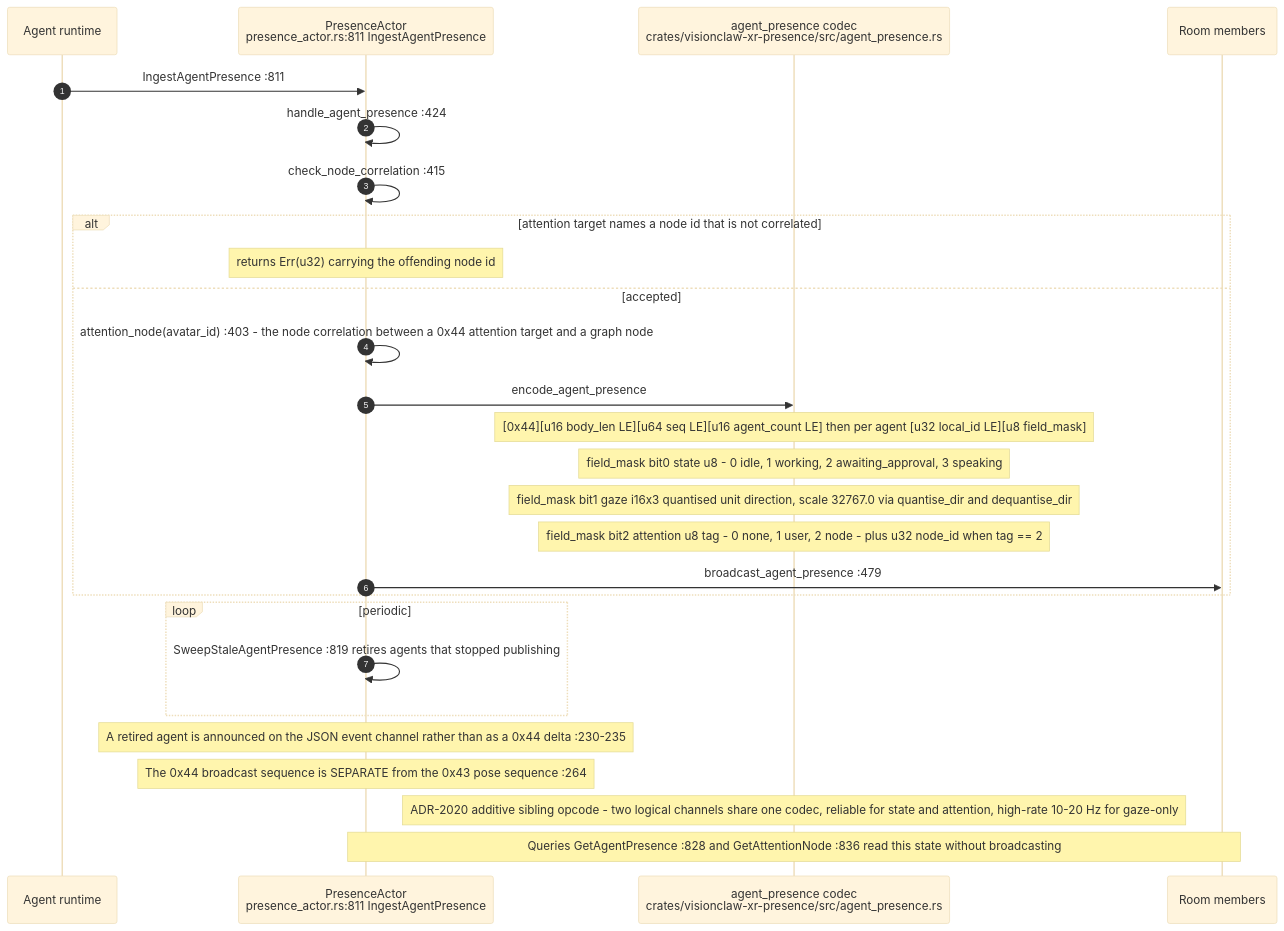
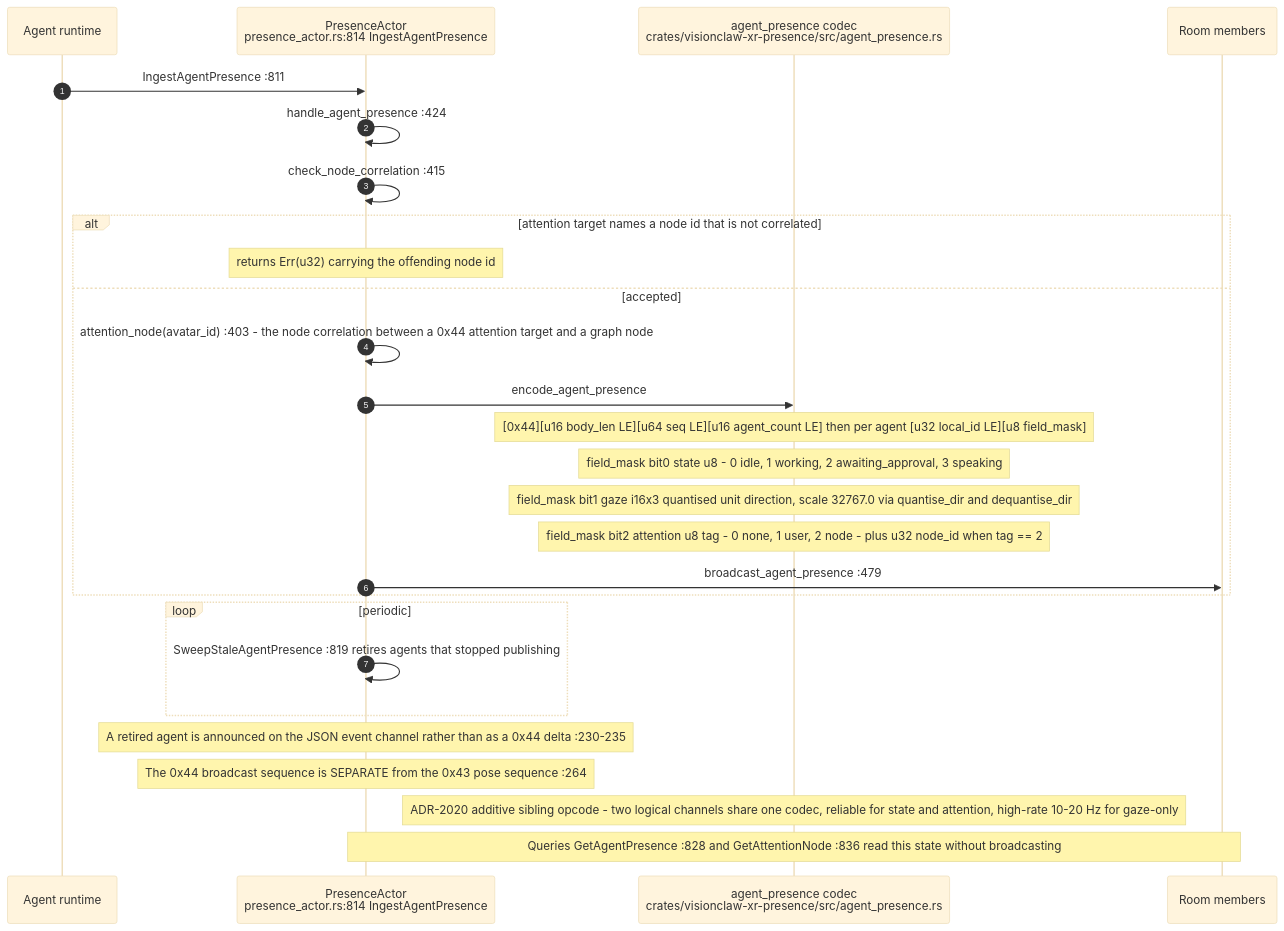
The third of 6 diagrams in docs/diagrams/visionclaw/17-xr-presence-crate.md (DreamLab-AI/AR-AI-Knowledge-Graph), drawn with Mermaid (base theme) before and after one commit. The commit also changed other lines of this file and 73 other files, not shown here.

First line of the commit message:
docs(diagrams): re-verify all 71 topic files against HEAD; add --cite-check

````diff
--- a/docs/diagrams/visionclaw/17-xr-presence-crate.md
+++ b/docs/diagrams/visionclaw/17-xr-presence-crate.md
@@ -101,30 +101,30 @@
 ```mermaid
 sequenceDiagram
     autonumber
     participant AG as Agent runtime
-    participant PA as PresenceActor<br/>presence_actor.rs:811 IngestAgentPresence
+    participant PA as PresenceActor<br/>presence_actor.rs:814 IngestAgentPresence
     participant AP as agent_presence codec<br/>crates/visionclaw-xr-presence/src/agent_presence.rs
     participant PEERS as Room members
 
     AG->>PA: IngestAgentPresence :811
     PA->>PA: handle_agent_presence :424
     PA->>PA: check_node_correlation :415
     alt attention target names a node id that is not correlated
         Note over PA: returns Err(u32) carrying the offending node id
     else accepted
         PA->>PA: attention_node(avatar_id) :403 - the node correlation between a 0x44 attention target and a graph node
         PA->>AP: encode_agent_presence
         Note over AP: [0x44][u16 body_len LE][u64 seq LE][u16 agent_count LE] then per agent [u32 local_id LE][u8 field_mask]
         Note over AP: field_mask bit0 state u8 - 0 idle, 1 working, 2 awaiting_approval, 3 speaking
         Note over AP: field_mask bit1 gaze i16x3 quantised unit direction, scale 32767.0 via quantise_dir and dequantise_dir
         Note over AP: field_mask bit2 attention u8 tag - 0 none, 1 user, 2 node - plus u32 node_id when tag == 2
         PA->>PEERS: broadcast_agent_presence :479
     end
     loop periodic
         PA->>PA: SweepStaleAgentPresence :819 retires agents that stopped publishing
     end
     Note over PA: A retired agent is announced on the JSON event channel rather than as a 0x44 delta :230-235
     Note over PA: The 0x44 broadcast sequence is SEPARATE from the 0x43 pose sequence :264
     Note over AP: ADR-2020 additive sibling opcode - two logical channels share one codec, reliable for state and attention, high-rate 10-20 Hz for gaze-only
     Note over PA,PEERS: Queries GetAgentPresence :828 and GetAttentionNode :836 read this state without broadcasting
 ```
````
